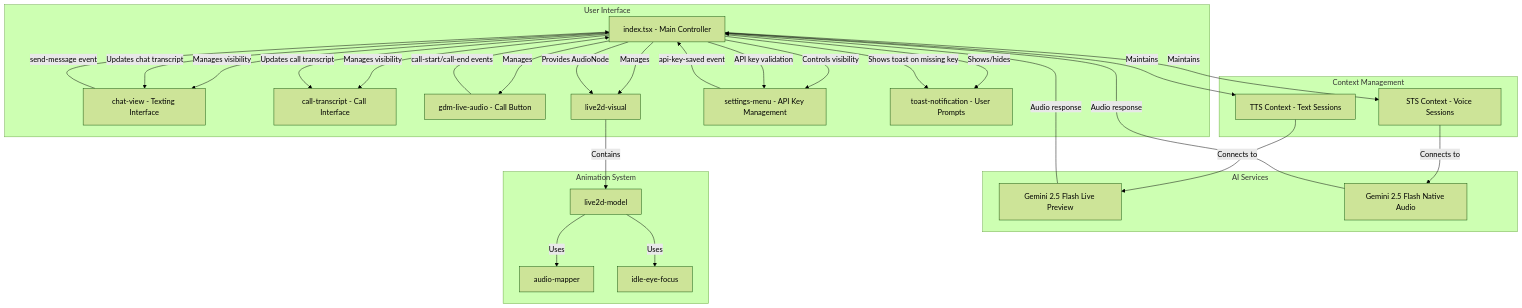
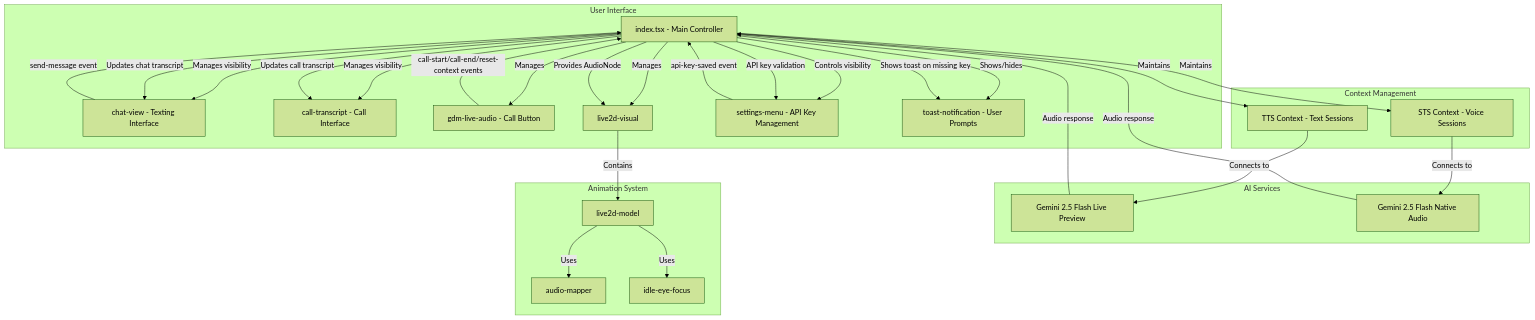
One commit to gemini-chan/gemini-chan.github.io changed the diagram in .roo/specs/dual-input-mode/design.md. Above: the diagram before and after it, drawn with Mermaid (forest theme). The commit also changed other lines of this file and 4 other files, not shown here.

Commit message:
feat(chat/call): redesign context reset functionality

````diff
--- a/.roo/specs/dual-input-mode/design.md
+++ b/.roo/specs/dual-input-mode/design.md
@@ -13,59 +13,59 @@
 ```mermaid
 graph TD
     subgraph "User Interface"
         A[index.tsx - Main Controller]
         B[chat-view - Texting Interface]
         C[call-transcript - Call Interface]
         D[gdm-live-audio - Call Button]
         F[live2d-visual]
         N[settings-menu - API Key Management]
         O[toast-notification - User Prompts]
     end
 
     subgraph "Context Management"
         G[TTS Context - Text Sessions]
         H[STS Context - Voice Sessions]
     end
 
     subgraph "AI Services"
         I[Gemini 2.5 Flash Live Preview]
         J[Gemini 2.5 Flash Native Audio]
     end
 
     subgraph "Animation System"
         K[live2d-model]
         L[audio-mapper]
         M[idle-eye-focus]
     end
 
     A -- "Manages visibility" --> B
     A -- "Manages visibility" --> C
     A -- "Manages" --> D
     A -- "Manages" --> F
     A -- "Controls visibility" --> N
     A -- "Shows/hides" --> O
 
     B -- "send-message event" --> A
-    D -- "call-start/call-end events" --> A
+    D -- "call-start/call-end/reset-context events" --> A
     N -- "api-key-saved event" --> A
 
     A -- "API key validation" --> N
     A -- "Shows toast on missing key" --> O
 
     A -- "Maintains" --> G
     A -- "Maintains" --> H
 
     G -- "Connects to" --> I
     H -- "Connects to" --> J
 
     I -- "Audio response" --> A
     J -- "Audio response" --> A
 
     A -- "Updates chat transcript" --> B
     A -- "Updates call transcript" --> C
     A -- "Provides AudioNode" --> F
 
     F -- Contains --> K
     K -- Uses --> L
     K -- Uses --> M
 ```
````
